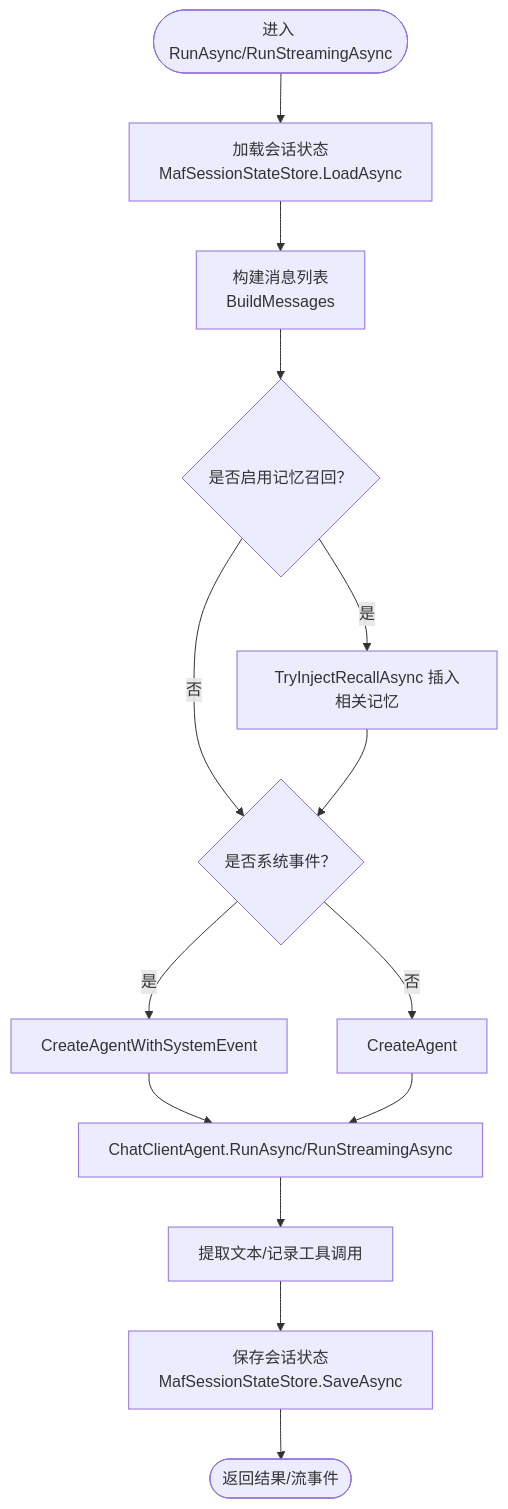
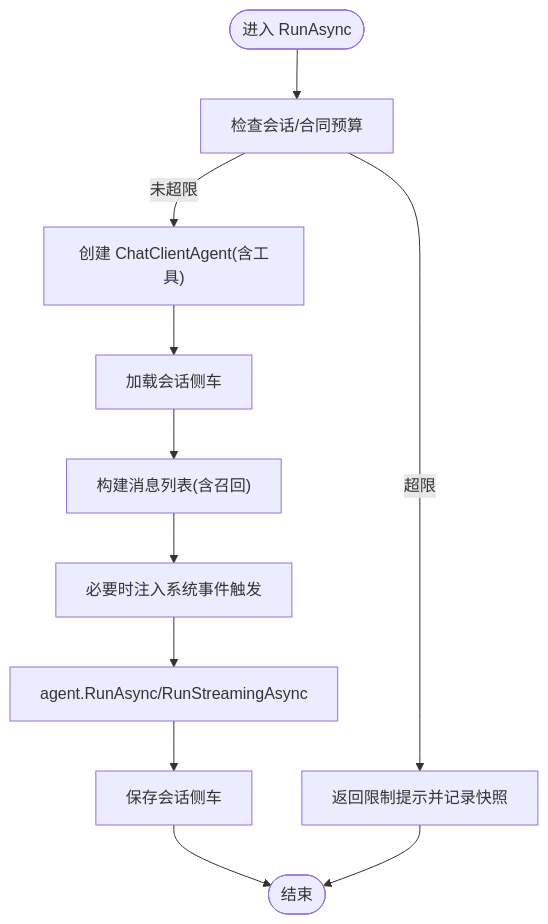
One commit to wayyet/kingcrab changed the third of 9 diagrams in .qoder/repowiki/zh/content/代理运行时/代理运行时.md. Above: the diagram before and after it, drawn with Mermaid. The commit also changed other lines of this file and 173 other files, not shown here.

````diff
--- a/.qoder/repowiki/zh/content/代理运行时/代理运行时.md
+++ b/.qoder/repowiki/zh/content/代理运行时/代理运行时.md
@@ -187,16 +169,13 @@
 ```mermaid
 flowchart TD
-Start(["进入 RunAsync/RunStreamingAsync"]) --> LoadSession["加载会话状态<br/>MafSessionStateStore.LoadAsync"]
-LoadSession --> BuildMsg["构建消息列表<br/>BuildMessages"]
-BuildMsg --> InjectRecall{"是否启用记忆召回？"}
-InjectRecall --> |是| Recall["TryInjectRecallAsync 插入相关记忆"]
-InjectRecall --> |否| DecideSysEvt{"是否系统事件？"}
-Recall --> DecideSysEvt
-DecideSysEvt --> |是| SysAgent["CreateAgentWithSystemEvent"]
-DecideSysEvt --> |否| UserAgent["CreateAgent"]
-SysAgent --> RunAgent["ChatClientAgent.RunAsync/RunStreamingAsync"]
-UserAgent --> RunAgent
-RunAgent --> PostProcess["提取文本/记录工具调用"]
-PostProcess --> SaveSession["保存会话状态<br/>MafSessionStateStore.SaveAsync"]
-SaveSession --> End(["返回结果/流事件"])
+Start(["进入 RunAsync"]) --> CheckBudget["检查会话/合同预算"]
+CheckBudget --> |超限| Reject["返回限制提示并记录快照"]
+CheckBudget --> |未超限| CreateAgent["创建 ChatClientAgent(含工具)"]
+CreateAgent --> LoadSession["加载会话侧车"]
+LoadSession --> BuildMsg["构建消息列表(含召回)"]
+BuildMsg --> InjectSys["必要时注入系统事件触发"]
+InjectSys --> RunAgent["agent.RunAsync/RunStreamingAsync"]
+RunAgent --> SaveSession["保存会话侧车"]
+SaveSession --> End(["结束"])
+Reject --> End
 ```
````
